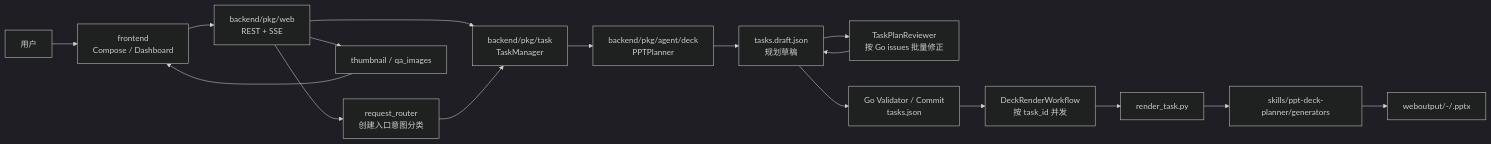
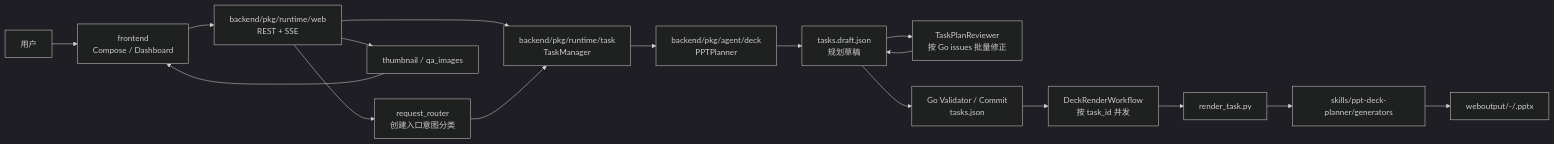
One commit to xiaobaicai66695/ppt-agent changed the diagram in docs/architecture/ppt-agent-architecture-scope.md. Above: the diagram before and after it, drawn with Mermaid (dark theme). The commit also changed other lines of this file and 97 other files, not shown here.

Commit message:
docs: consolidate architecture and retire stale change specs

````diff
--- a/docs/architecture/ppt-agent-architecture-scope.md
+++ b/docs/architecture/ppt-agent-architecture-scope.md
@@ -17,19 +17,19 @@
 ```mermaid
 flowchart LR
   U["用户"] --> F["frontend<br/>Compose / Dashboard"]
-  F --> W["backend/pkg/web<br/>REST + SSE"]
-  W --> TM["backend/pkg/task<br/>TaskManager"]
+  F --> W["backend/pkg/runtime/web<br/>REST + SSE"]
+  W --> TM["backend/pkg/runtime/task<br/>TaskManager"]
   W --> CR["request_router<br/>创建入口意图分类"]
   CR --> TM
   TM --> PL["backend/pkg/agent/deck<br/>PPTPlanner"]
   PL --> D["tasks.draft.json<br/>规划草稿"]
   D --> RV["TaskPlanReviewer<br/>按 Go issues 批量修正"]
   RV --> D
   D --> M["Go Validator / Commit<br/>tasks.json"]
   M --> DR["DeckRenderWorkflow<br/>按 task_id 并发"]
   DR --> PY["render_task.py"]
   PY --> G["skills/ppt-deck-planner/generators"]
   G --> O["weboutput/<user>-<task>/<page>.pptx"]
   W --> TH["thumbnail / qa_images"]
   TH --> F
 ```
````
